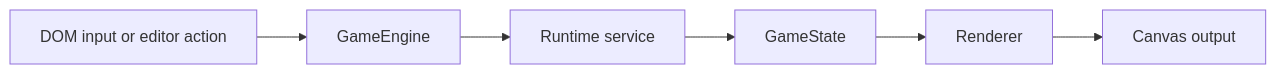
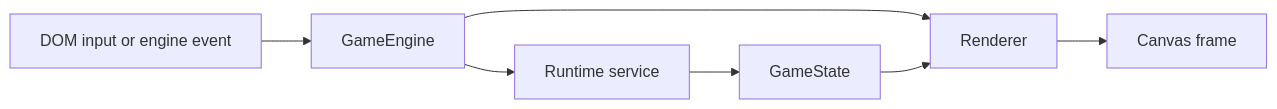
The third of 4 diagrams in engine-architecture.md (andredarcie/tiny-rpg-studio), drawn with Mermaid before and after one commit. The commit also changed other lines of this file, not shown here.

````diff
--- a/engine-architecture.md
+++ b/engine-architecture.md
@@ -127,8 +232,16 @@
 ```mermaid
 flowchart LR
-    A[DOM input or editor action] --> B[GameEngine]
-    B --> C[Runtime service]
-    C --> D[GameState]
-    D --> E[Renderer]
-    E --> F[Canvas output]
+    InputAction[DOM input or engine event]
+    Engine[GameEngine]
+    Service[Runtime service]
+    State[GameState]
+    Renderer[Renderer]
+    Output[Canvas frame]
+
+    InputAction --> Engine
+    Engine --> Service
+    Service --> State
+    Engine --> Renderer
+    State --> Renderer
+    Renderer --> Output
 ```
````
